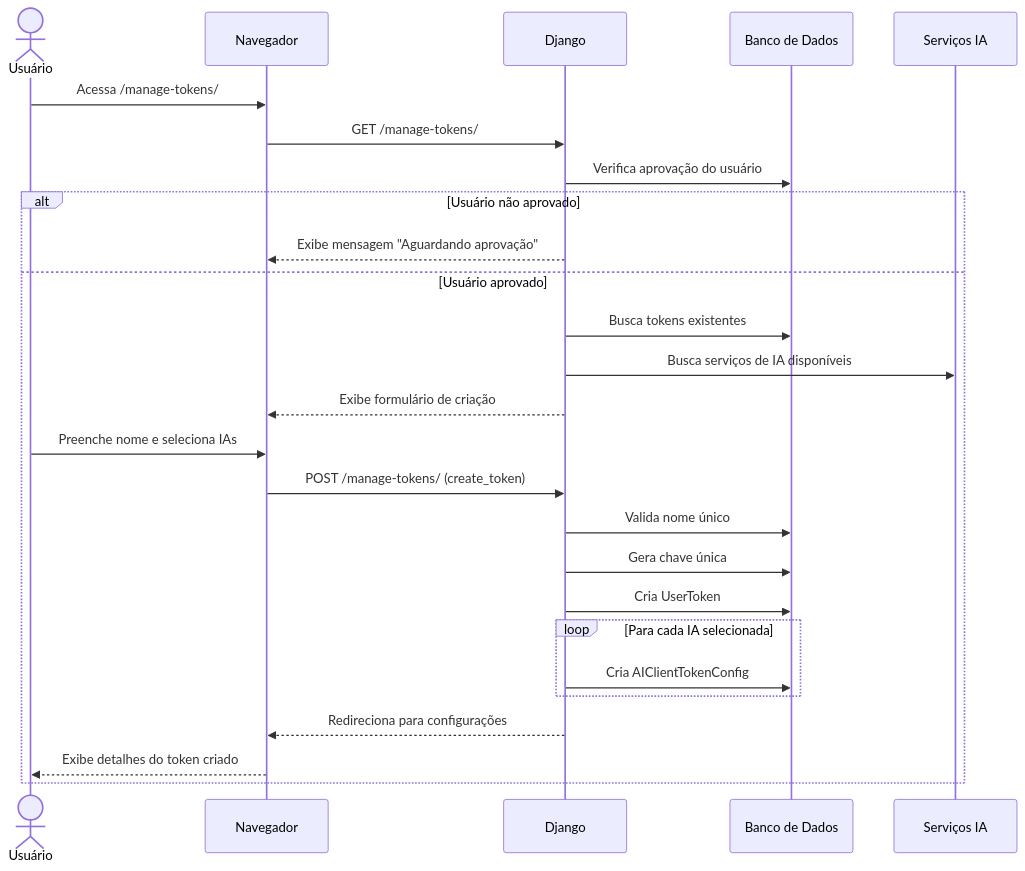
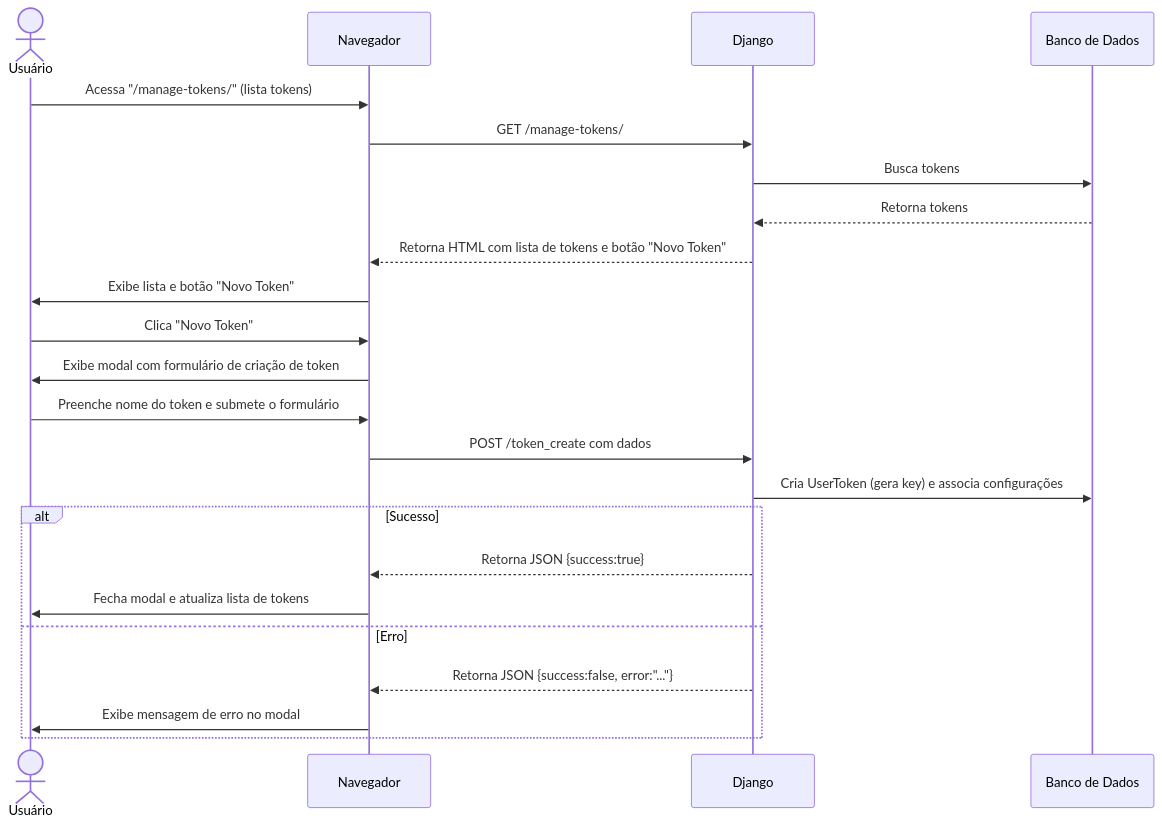
The fifth of 26 diagrams in README.md (diegogrosmann/EnsinaNet.AI), drawn with Mermaid before and after one commit. The commit also changed other lines of this file and 117 other files, not shown here.

Commit message:
Adiciona novo aplicativo 'client_version' com modelos, URLs e configurações; remove arquivos de teste e atualiza configurações do projeto.

````diff
--- a/README.md
+++ b/README.md
@@ -576,32 +645,26 @@
 ```mermaid
 sequenceDiagram
     actor U as Usuário
     participant N as Navegador
     participant D as Django
     participant DB as Banco de Dados
-    participant AI as Serviços IA
 
-    U->>N: Acessa /manage-tokens/
+    U->>N: Acessa "/manage-tokens/" (lista tokens)
     N->>D: GET /manage-tokens/
-    D->>DB: Verifica aprovação do usuário
-    alt Usuário não aprovado
-        D-->>N: Exibe mensagem "Aguardando aprovação"
-    else Usuário aprovado
-        D->>DB: Busca tokens existentes
-        D->>AI: Busca serviços de IA disponíveis
-        D-->>N: Exibe formulário de criação
-        
-        U->>N: Preenche nome e seleciona IAs
-        N->>D: POST /manage-tokens/ (create_token)
-        D->>DB: Valida nome único
-        D->>DB: Gera chave única
-        D->>DB: Cria UserToken
-        
-        loop Para cada IA selecionada
-            D->>DB: Cria AIClientTokenConfig
-        end
-        
-        D-->>N: Redireciona para configurações
-        N-->>U: Exibe detalhes do token criado
+    D->>DB: Busca tokens
+    DB-->>D: Retorna tokens
+    D-->>N: Retorna HTML com lista de tokens e botão "Novo Token"
+    N->>U: Exibe lista e botão "Novo Token"
+    U->>N: Clica "Novo Token"
+    N->>U: Exibe modal com formulário de criação de token
+    U->>N: Preenche nome do token e submete o formulário
+    N->>D: POST /token_create com dados
+    D->>DB: Cria UserToken (gera key) e associa configurações
+    alt Sucesso
+        D-->>N: Retorna JSON {success:true}
+        N->>U: Fecha modal e atualiza lista de tokens
+    else Erro
+        D-->>N: Retorna JSON {success:false, error:"..."}
+        N->>U: Exibe mensagem de erro no modal
     end
 ```
````
